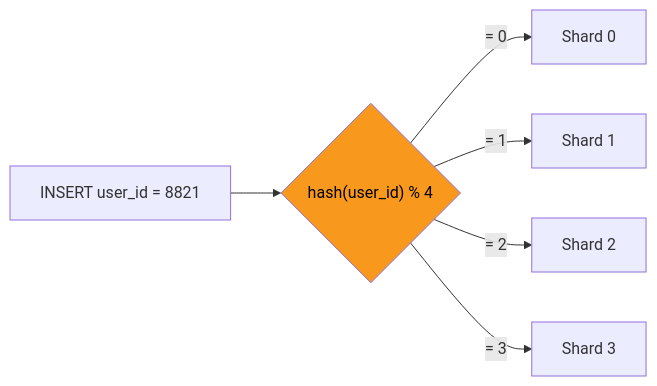
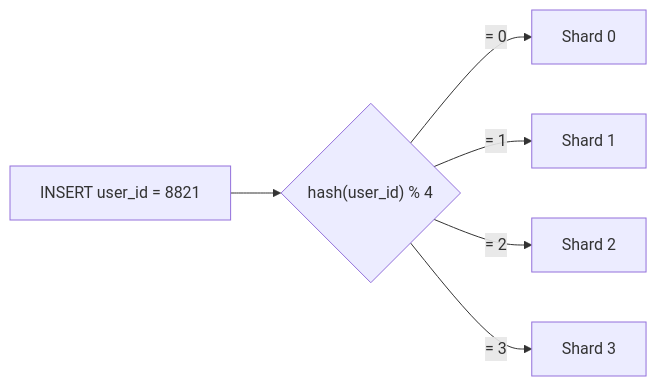
One commit to mohammad-mriesh-job/cortex changed the second of 4 diagrams in src/modules/database/content/09-scaling/02-partitioning-and-sharding.md. Above: the diagram before and after it, drawn with Mermaid. The commit also changed other lines of this file and 257 other files, not shown here.

````diff
--- a/src/modules/database/content/09-scaling/02-partitioning-and-sharding.md
+++ b/src/modules/database/content/09-scaling/02-partitioning-and-sharding.md
@@ -45,9 +43,8 @@
 ```mermaid
 flowchart LR
     W["INSERT user_id = 8821"] --> F{"hash(user_id) % 4"}
     F -->|= 0| S0["Shard 0"]
     F -->|= 1| S1["Shard 1"]
     F -->|= 2| S2["Shard 2"]
     F -->|= 3| S3["Shard 3"]
-    style F fill:#f8981d,color:#000
 ```
````
